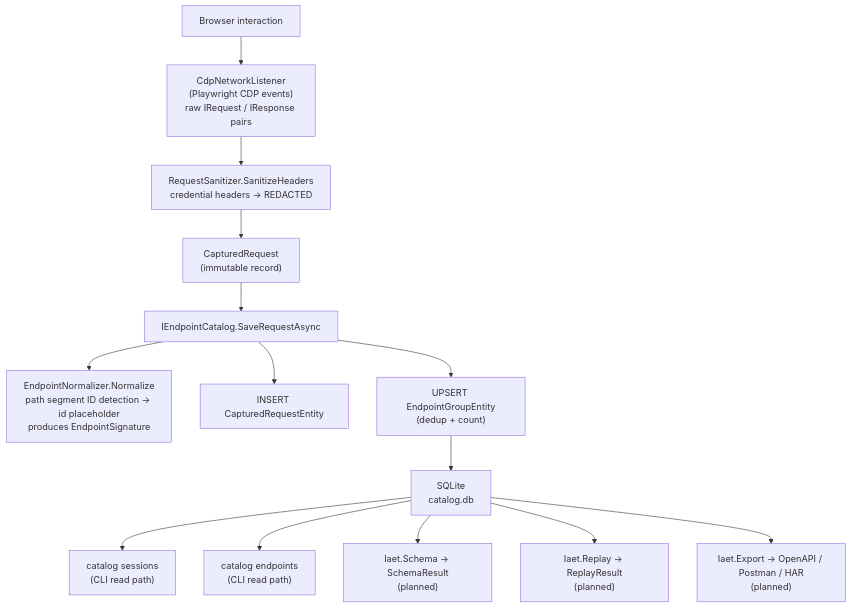
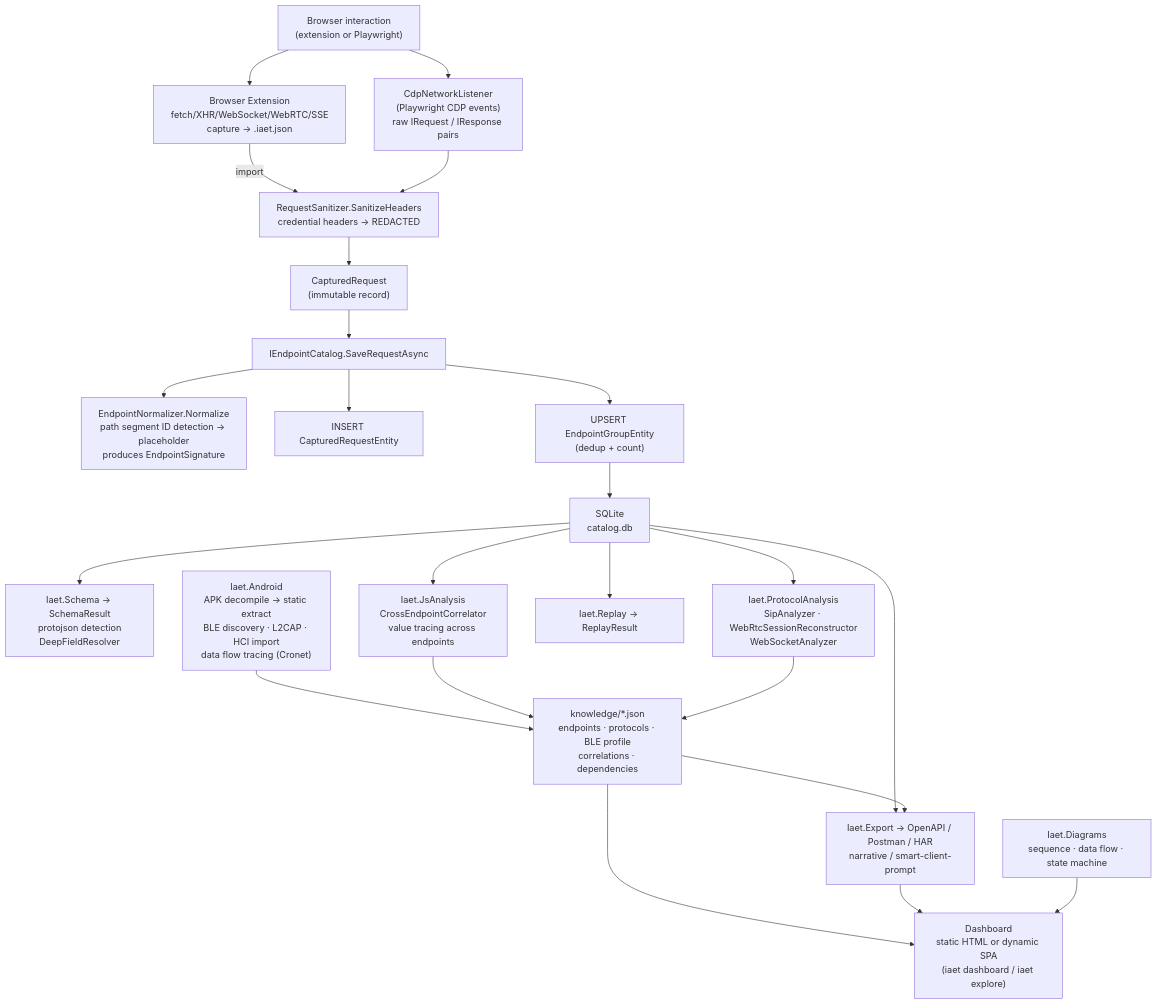
Before and after one commit to mmackelprang/IAET: the second of 2 diagrams in docs/architecture.md, drawn with Mermaid. The commit also changed other lines of this file and 43 other files, not shown here.

````diff
--- a/docs/architecture.md
+++ b/docs/architecture.md
@@ -34,44 +91,71 @@
 ```mermaid
 graph TD
-    Browser["Browser interaction"]
+    Browser["Browser interaction
+(extension or Playwright)"]
     Cdp["CdpNetworkListener
 (Playwright CDP events)
 raw IRequest / IResponse pairs"]
+    Extension["Browser Extension
+fetch/XHR/WebSocket/WebRTC/SSE
+capture → .iaet.json"]
     Sanitizer["RequestSanitizer.SanitizeHeaders
 credential headers → REDACTED"]
     CapturedReq["CapturedRequest
 (immutable record)"]
     Catalog["IEndpointCatalog.SaveRequestAsync"]
     Normalizer["EndpointNormalizer.Normalize
-path segment ID detection → id placeholder
+path segment ID detection → placeholder
 produces EndpointSignature"]
     InsertReq["INSERT CapturedRequestEntity"]
     UpsertGroup["UPSERT EndpointGroupEntity
 (dedup + count)"]
     SQLite["SQLite
 catalog.db"]
-    CliSessions["catalog sessions
-(CLI read path)"]
-    CliEndpoints["catalog endpoints
-(CLI read path)"]
     Schema["Iaet.Schema → SchemaResult
-(planned)"]
-    Replay["Iaet.Replay → ReplayResult
-(planned)"]
+protojson detection
+DeepFieldResolver"]
+    JsAnalysis["Iaet.JsAnalysis
+CrossEndpointCorrelator
+value tracing across endpoints"]
+    Protocol["Iaet.ProtocolAnalysis
+SipAnalyzer · WebRtcSessionReconstructor
+WebSocketAnalyzer"]
+    Replay["Iaet.Replay → ReplayResult"]
     Export["Iaet.Export → OpenAPI / Postman / HAR
-(planned)"]
+narrative / smart-client-prompt"]
+    ApkAnalysis["Iaet.Android
+APK decompile → static extract
+BLE discovery · L2CAP · HCI import
+data flow tracing (Cronet)"]
+    Knowledge["knowledge/*.json
+endpoints · protocols · BLE profile
+correlations · dependencies"]
+    Dashboard["Dashboard
+static HTML or dynamic SPA
+(iaet dashboard / iaet explore)"]
+    Diagrams["Iaet.Diagrams
+sequence · data flow · state machine"]
 
     Browser --> Cdp
+    Browser --> Extension
+    Extension -->|import| Sanitizer
     Cdp --> Sanitizer
     Sanitizer --> CapturedReq
     CapturedReq --> Catalog
     Catalog --> Normalizer
     Catalog --> InsertReq
     Catalog --> UpsertGroup
     UpsertGroup --> SQLite
-    SQLite --> CliSessions
-    SQLite --> CliEndpoints
     SQLite --> Schema
+    SQLite --> JsAnalysis
+    SQLite --> Protocol
     SQLite --> Replay
     SQLite --> Export
+    ApkAnalysis --> Knowledge
+    JsAnalysis --> Knowledge
+    Protocol --> Knowledge
+    Knowledge --> Export
+    Knowledge --> Dashboard
+    Export --> Dashboard
+    Diagrams --> Dashboard
 ```
````
